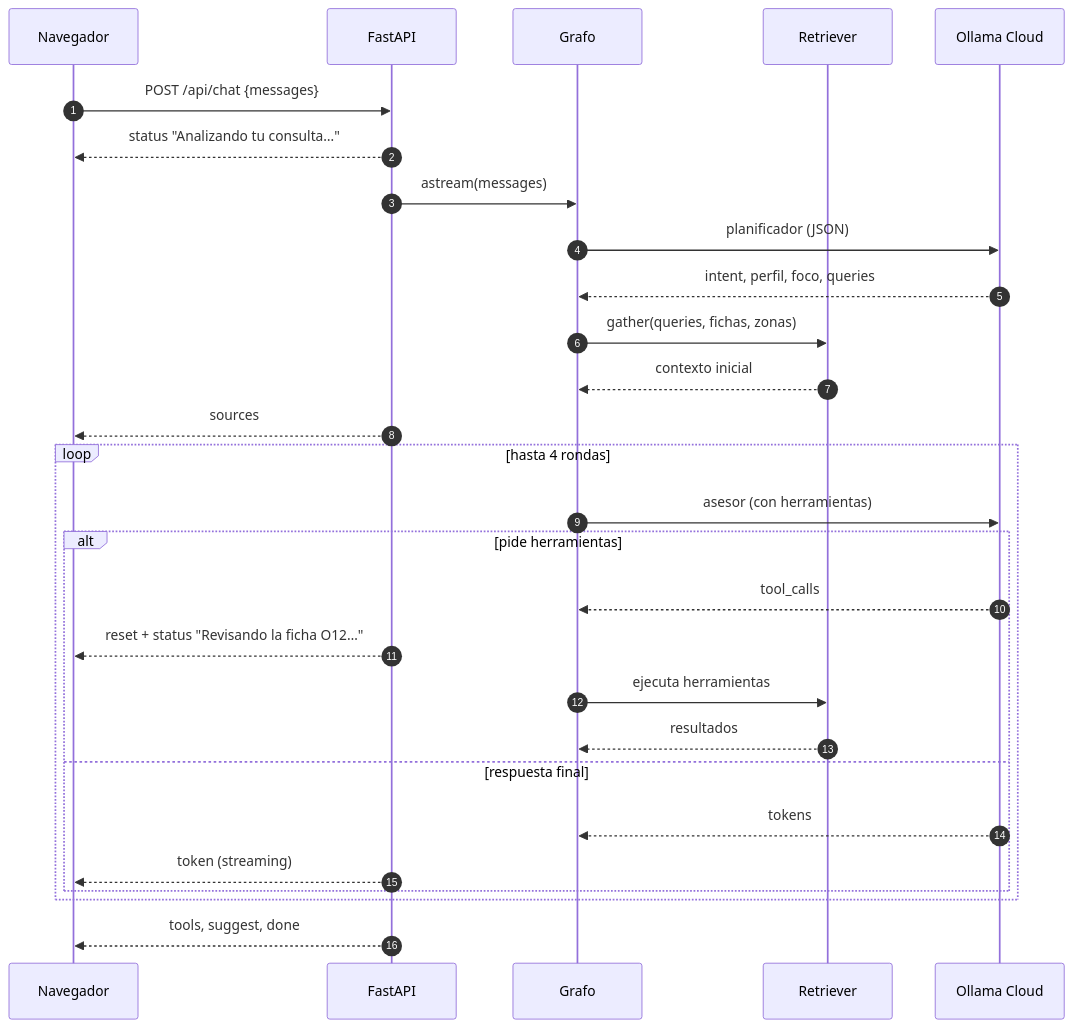
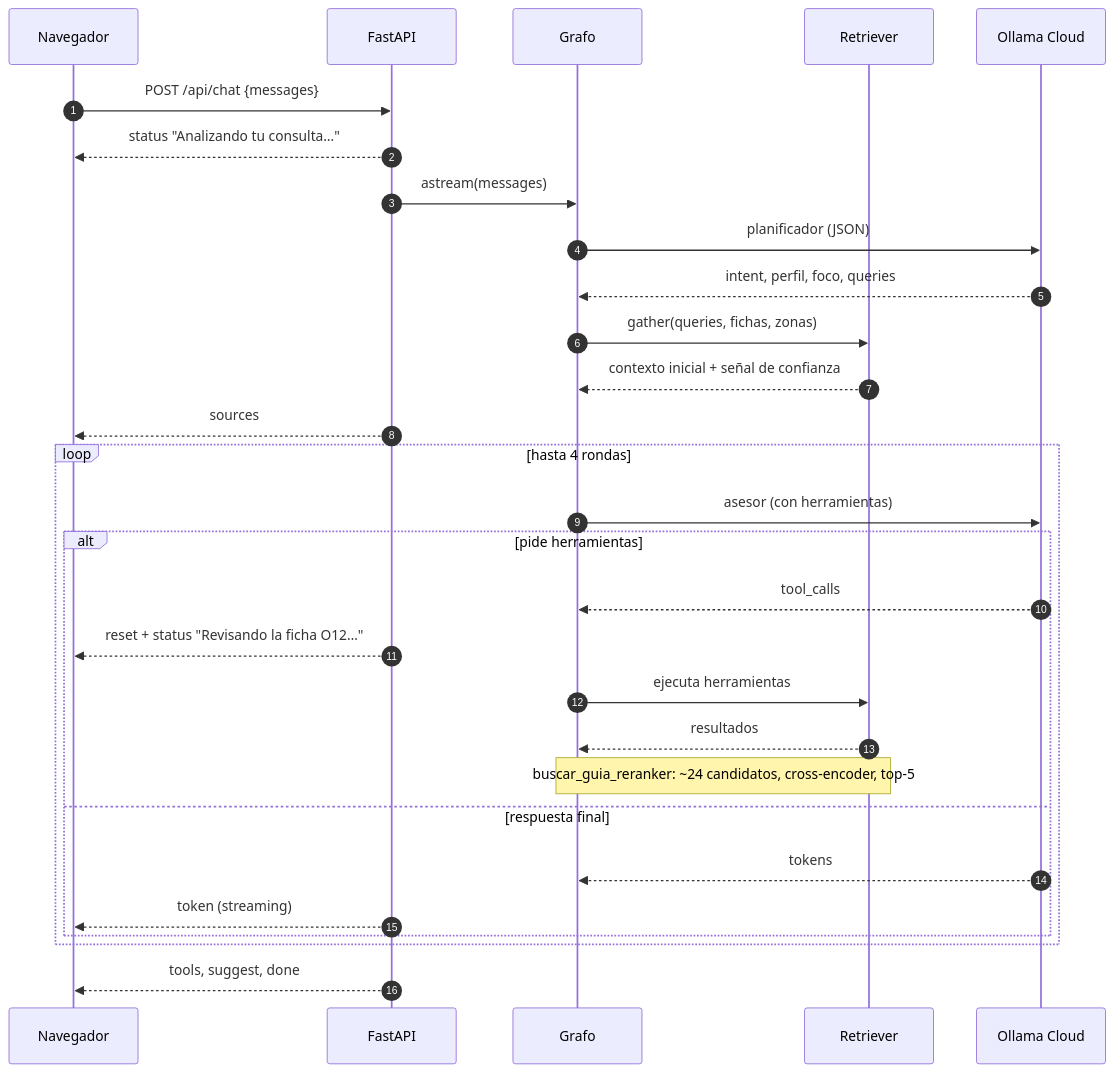
One commit to NebyX1/invest-lavalleja-rag-chat changed the seventh of 7 diagrams in Arquitectura.md. Above: the diagram before and after it, drawn with Mermaid. The commit also changed other lines of this file and 9 other files, not shown here.

````diff
--- a/Arquitectura.md
+++ b/Arquitectura.md
@@ -172,31 +204,32 @@
 ```mermaid
 sequenceDiagram
     autonumber
     participant U as Navegador
     participant A as FastAPI
     participant G as Grafo
     participant R as Retriever
     participant L as Ollama Cloud
 
     U->>A: POST /api/chat {messages}
     A-->>U: status "Analizando tu consulta…"
     A->>G: astream(messages)
     G->>L: planificador (JSON)
     L-->>G: intent, perfil, foco, queries
     G->>R: gather(queries, fichas, zonas)
-    R-->>G: contexto inicial
+    R-->>G: contexto inicial + señal de confianza
     A-->>U: sources
     loop hasta 4 rondas
         G->>L: asesor (con herramientas)
         alt pide herramientas
             L-->>G: tool_calls
             A-->>U: reset + status "Revisando la ficha O12…"
             G->>R: ejecuta herramientas
             R-->>G: resultados
+            Note over G,R: buscar_guia_reranker: ~24 candidatos, cross-encoder, top-5
         else respuesta final
             L-->>G: tokens
             A-->>U: token (streaming)
         end
     end
     A-->>U: tools, suggest, done
 ```
````
